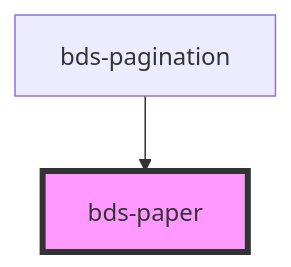
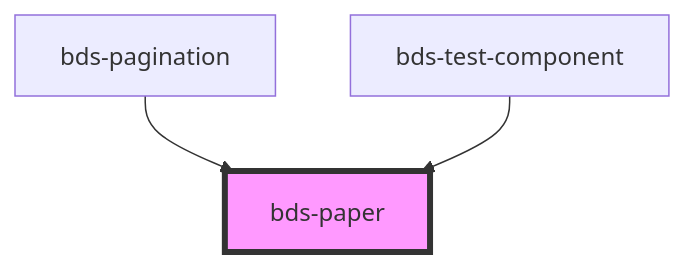
The diagram in src/components/paper/readme.md (takenet/blip-ds), drawn with Mermaid before and after one commit. The commit also changed other lines of this file and 73 other files, not shown here.

````diff
--- a/src/components/paper/readme.md
+++ b/src/components/paper/readme.md
@@ -25,5 +26,6 @@
 ```mermaid
 graph TD;
   bds-pagination --> bds-paper
+  bds-test-component --> bds-paper
   style bds-paper fill:#f9f,stroke:#333,stroke-width:4px
 ```
````
